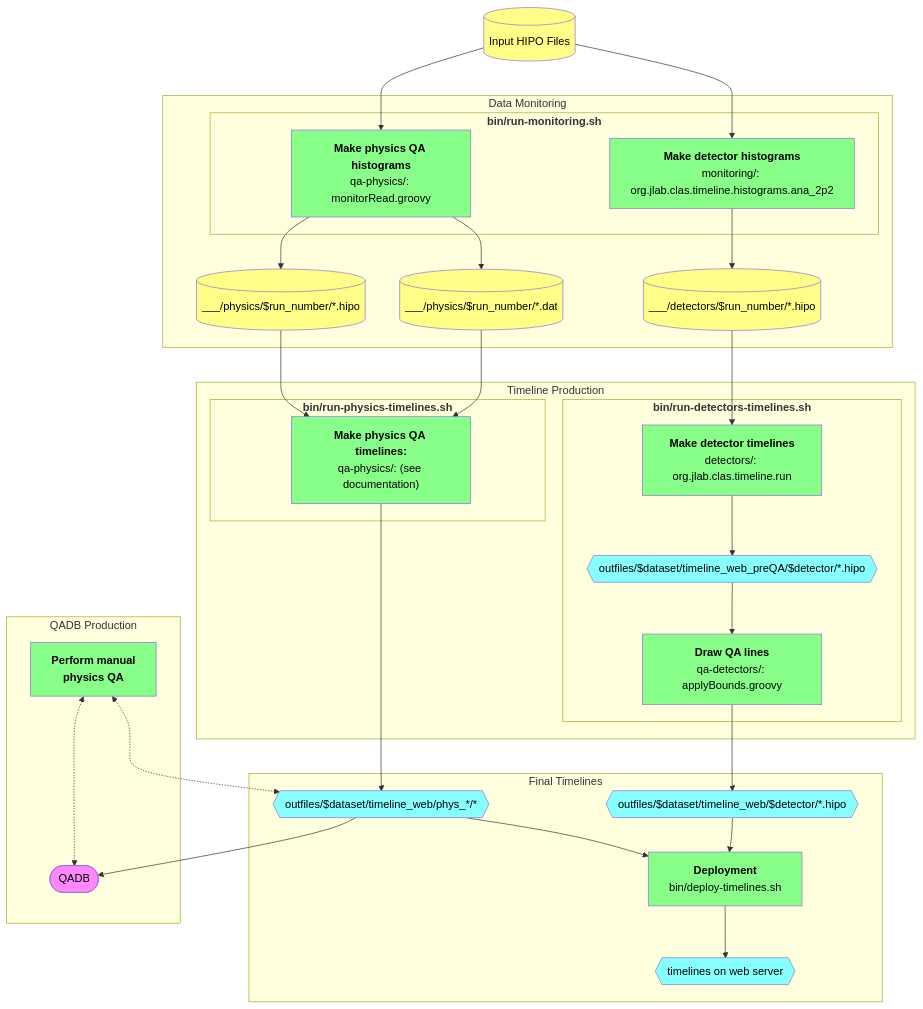
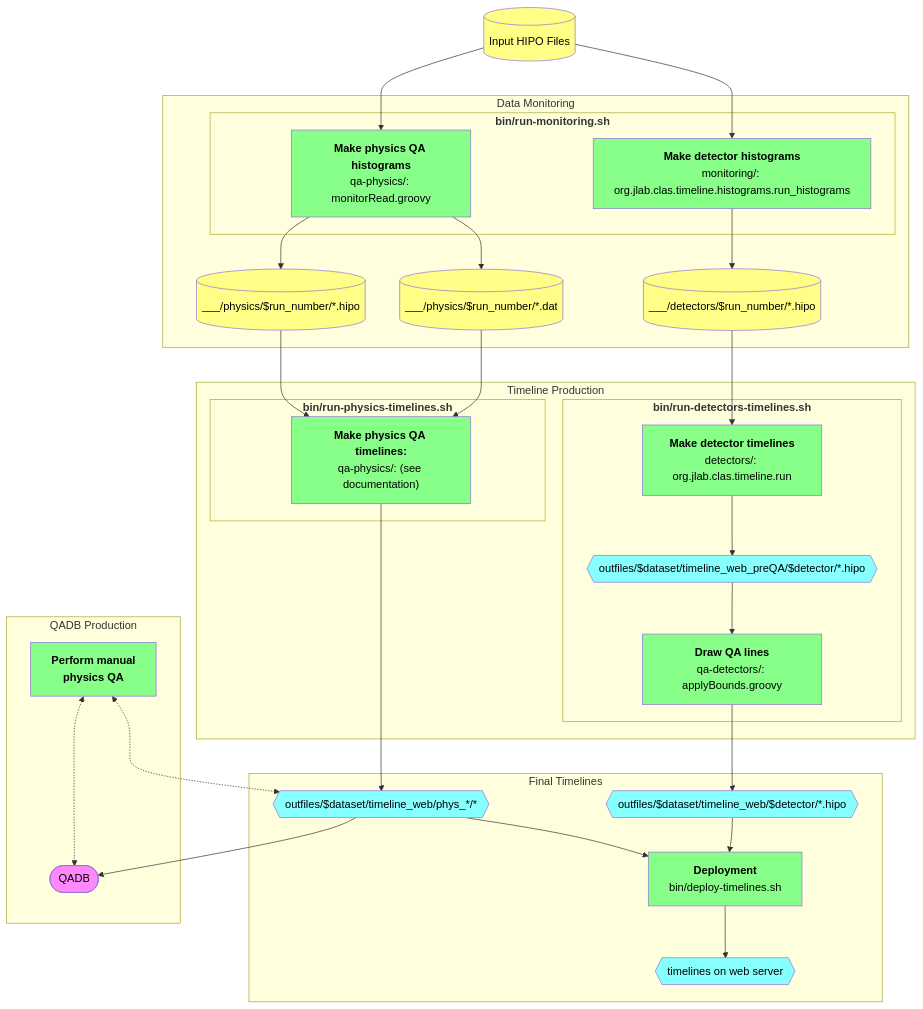
The diagram in doc/dev_notes.md (JeffersonLab/clas12-timeline), drawn with Mermaid before and after one commit. The commit also changed 4 other files, not shown here.

````diff
--- a/doc/dev_notes.md
+++ b/doc/dev_notes.md
@@ -4,57 +4,57 @@
 ```mermaid
 flowchart TB
 
     classDef proc     fill:#8f8,color:black
     classDef data     fill:#ff8,color:black
     classDef misc     fill:#f8f,color:black
     classDef timeline fill:#8ff,color:black
 
     dst[(Input HIPO Files)]:::data
 
     subgraph Data Monitoring
         subgraph "<strong>bin/run-monitoring.sh</strong>"
-            monitorDetectors["<strong>Make detector histograms</strong><br/>monitoring/: org.jlab.clas.timeline.histograms.ana_2p2"]:::proc
+            monitorDetectors["<strong>Make detector histograms</strong><br/>monitoring/: org.jlab.clas.timeline.histograms.run_histograms"]:::proc
             monitorPhysics["<strong>Make physics QA histograms</strong><br/>qa-physics/: monitorRead.groovy"]:::proc
         end
         outplots[(___/detectors/$run_number/*.hipo)]:::data
         outdat[(___/physics/$run_number/*.dat)]:::data
         outmon[(___/physics/$run_number/*.hipo)]:::data
     end
     dst --> monitorDetectors
     dst --> monitorPhysics
     monitorDetectors --> outplots
     monitorPhysics   --> outdat
     monitorPhysics   --> outmon
 
     subgraph Timeline Production
         subgraph "<strong>bin/run-detectors-timelines.sh</strong>"
             timelineDetectorsPreQA["<strong>Make detector timelines</strong><br/>detectors/: org.jlab.clas.timeline.run"]:::proc
             outTimelineDetectorsPreQA{{outfiles/$dataset/timeline_web_preQA/$detector/*.hipo}}:::timeline
             timelineDetectors["<strong>Draw QA lines</strong><br/>qa-detectors/: applyBounds.groovy"]:::proc
         end
         subgraph "<strong>bin/run-physics-timelines.sh</strong>"
             timelinePhysics["<strong>Make physics QA timelines:</strong><br/>qa-physics/: (see documentation)"]:::proc
         end
     end
     subgraph Final Timelines
         outTimelinePhysics{{outfiles/$dataset/timeline_web/phys_*/*}}:::timeline
         outTimelineDetectors{{outfiles/$dataset/timeline_web/$detector/*.hipo}}:::timeline
         deploy["<strong>Deployment</strong><br/>bin/deploy-timelines.sh"]:::proc
         timelineDir{{timelines on web server}}:::timeline
     end
     outplots --> timelineDetectorsPreQA --> outTimelineDetectorsPreQA --> timelineDetectors --> outTimelineDetectors
     outdat   --> timelinePhysics
     outmon   --> timelinePhysics
     timelinePhysics --> outTimelinePhysics
     outTimelineDetectors --> deploy
     outTimelinePhysics   --> deploy
     deploy --> timelineDir
 
     subgraph QADB Production
         qadb([QADB]):::misc
         manualQA[<strong>Perform manual<br/>physics QA</strong>]:::proc
     end
     outTimelinePhysics   --> qadb
     manualQA <-.-> outTimelinePhysics
     manualQA <-.-> qadb
 ```
````
